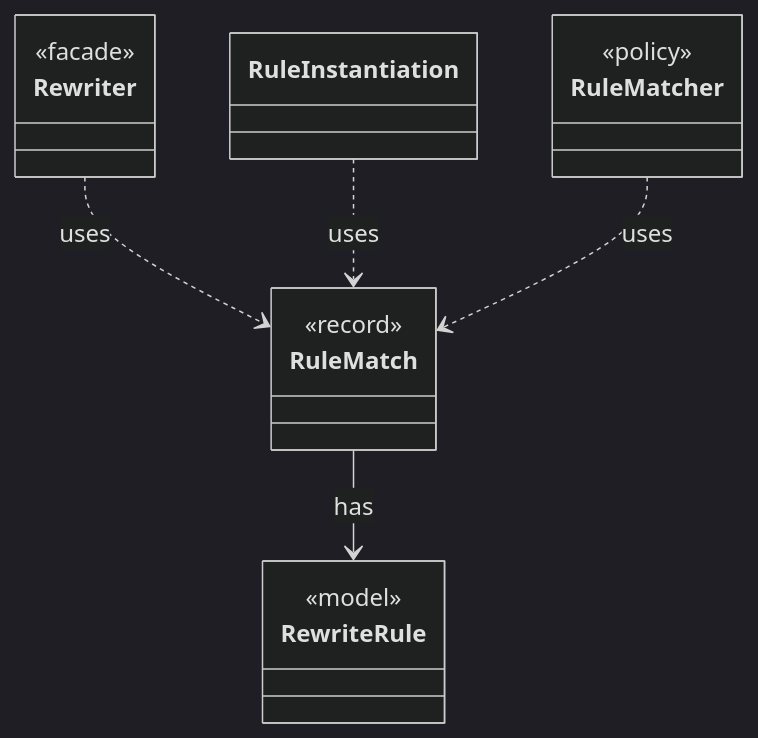
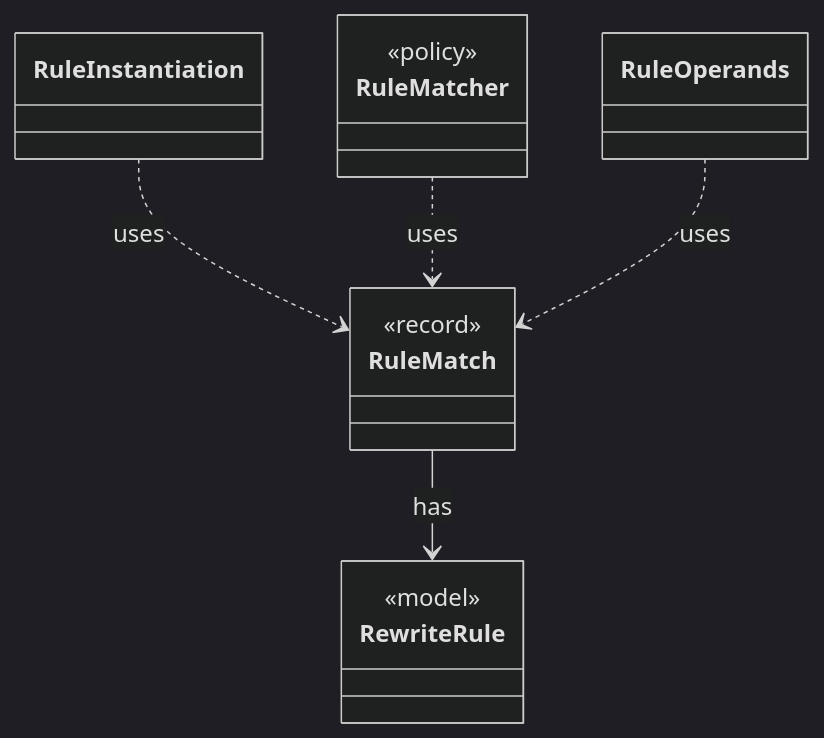
Before and after one commit to tlaplus/model-checker-hardening: the diagram in dev/types/io.github.tlaplus.hardening.gen.rewrite.RuleMatch.md, drawn with Mermaid (dark theme). The commit also changed other lines of this file and 405 other files, not shown here.

````diff
--- a/dev/types/io.github.tlaplus.hardening.gen.rewrite.RuleMatch.md
+++ b/dev/types/io.github.tlaplus.hardening.gen.rewrite.RuleMatch.md
@@ -7,20 +7,18 @@
 ```mermaid
 classDiagram
   class RuleMatch {
     <<record>>
   }
   class RewriteRule {
     <<model>>
   }
-  class Rewriter {
-    <<facade>>
-  }
   class RuleInstantiation
   class RuleMatcher {
     <<policy>>
   }
+  class RuleOperands
   RuleMatch --> RewriteRule : has
-  Rewriter ..> RuleMatch : uses
   RuleInstantiation ..> RuleMatch : uses
   RuleMatcher ..> RuleMatch : uses
+  RuleOperands ..> RuleMatch : uses
 ```
````
